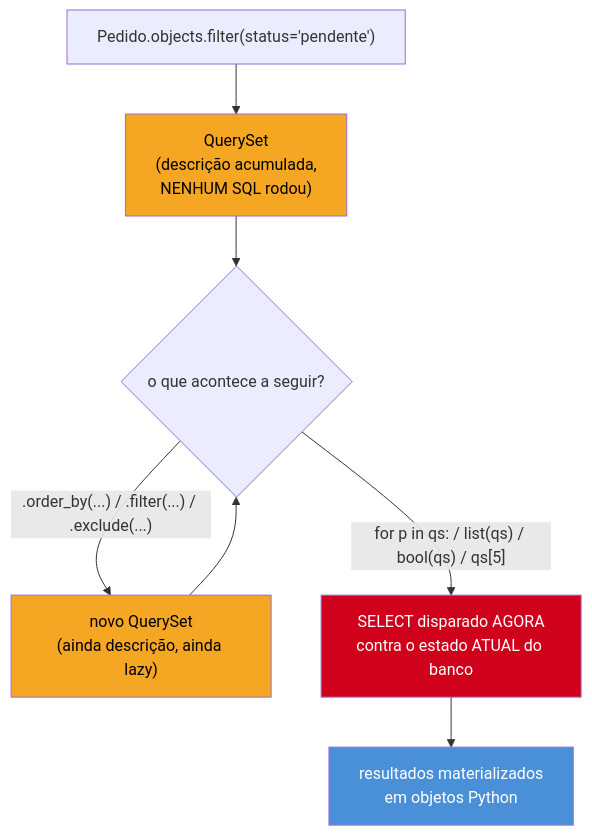
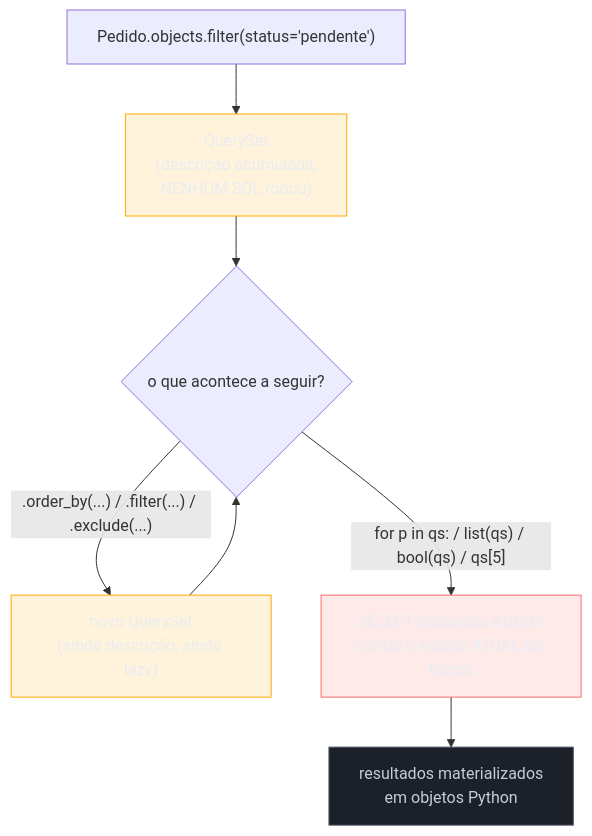
Before and after one commit to josenaldo/codex-technomanticus: the first of 2 diagrams in 03-Dominios/Tecnologia/Python/Persistência de dados/04 - Django ORM — QuerySets, managers e migrations nativas.md, drawn with Mermaid. The commit also changed other lines of this file and 1181 other files, not shown here.

First line of the commit message:
fix(diagramas): paleta do sistema no lugar de cor cravada no markdown

````diff
--- a/03-Dominios/Tecnologia/Python/Persistência de dados/04 - Django ORM — QuerySets, managers e migrations nativas.md
+++ b/03-Dominios/Tecnologia/Python/Persistência de dados/04 - Django ORM — QuerySets, managers e migrations nativas.md
@@ -159,14 +159,17 @@
 ```mermaid
 flowchart TB
+    classDef destaque fill:#FFAA0024,stroke:#FFAA00,color:#E9ECF2
+    classDef falha fill:#FF6B6B24,stroke:#FF6B6B,color:#E9ECF2
+    classDef neutro fill:#1B2029,stroke:#4E5666,color:#C6CCD8
     A["Pedido.objects.filter(status='pendente')"] --> B["QuerySet<br/>(descrição acumulada,<br/>NENHUM SQL rodou)"]
     B --> C{"o que acontece a seguir?"}
     C -->|".order_by(...) / .filter(...) / .exclude(...)"| D["novo QuerySet<br/>(ainda descrição, ainda lazy)"]
     D --> C
     C -->|"for p in qs: / list(qs) / bool(qs) / qs[5]"| E["SELECT disparado AGORA<br/>contra o estado ATUAL do banco"]
     E --> F["resultados materializados<br/>em objetos Python"]
 
-    style B fill:#F5A623,color:#000
-    style D fill:#F5A623,color:#000
-    style E fill:#D0021B,color:#fff
-    style F fill:#4A90D9,color:#fff
+    class B destaque
+    class D destaque
+    class E falha
+    class F neutro
 ```
````
